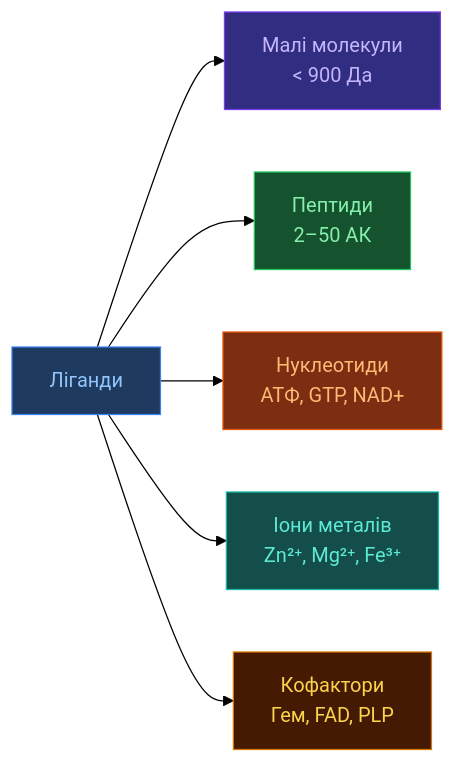
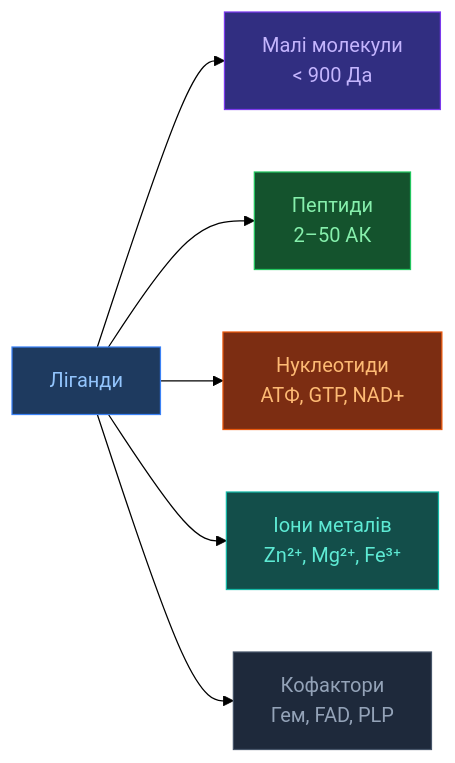
Before and after one commit to OlehVolkov/AlphaFold3-AIGen-KnowledgeBase: the first of 3 diagrams in UA/2. Концепції/2.1. Біологія/2.1.3. Ліганди та малі молекули.md, drawn with Mermaid (forest theme). The commit also changed other lines of this file and 35 other files, not shown here.

````diff
--- a/UA/2. Концепції/2.1. Біологія/2.1.3. Ліганди та малі молекули.md
+++ b/UA/2. Концепції/2.1. Біологія/2.1.3. Ліганди та малі молекули.md
@@ -17,18 +17,18 @@
 ```mermaid
 flowchart LR
-    L["Ліганди"]:::root
-    SM["Малі молекули<br/>< 900 Да"]:::sm
-    PEP["Пептиди<br/>2–50 АК"]:::pep
-    NUC["Нуклеотиди<br/>АТФ, GTP, NAD+"]:::nuc
-    ION["Іони металів<br/>Zn²⁺, Mg²⁺, Fe³⁺"]:::ion
-    COF["Кофактори<br/>Гем, FAD, PLP"]:::cof
+    L["Ліганди"]:::input
+    SM["Малі молекули<br/>< 900 Да"]:::trunk
+    PEP["Пептиди<br/>2–50 АК"]:::diffusion
+    NUC["Нуклеотиди<br/>АТФ, GTP, NAD+"]:::confidence
+    ION["Іони металів<br/>Zn²⁺, Mg²⁺, Fe³⁺"]:::output
+    COF["Кофактори<br/>Гем, FAD, PLP"]:::neutral
 
     L --> SM & PEP & NUC & ION & COF
 
-    classDef root fill:#1e3a5f,stroke:#3b82f6,color:#93c5fd
-    classDef sm   fill:#312e81,stroke:#7c3aed,color:#c4b5fd
-    classDef pep  fill:#14532d,stroke:#22c55e,color:#86efac
-    classDef nuc  fill:#7c2d12,stroke:#ea580c,color:#fdba74
-    classDef ion  fill:#134e4a,stroke:#14b8a6,color:#5eead4
-    classDef cof  fill:#451a03,stroke:#d97706,color:#fcd34d
+    classDef input fill:#1e3a5f,stroke:#3b82f6,color:#93c5fd
+    classDef trunk fill:#312e81,stroke:#7c3aed,color:#c4b5fd
+    classDef diffusion fill:#14532d,stroke:#22c55e,color:#86efac
+    classDef confidence fill:#7c2d12,stroke:#ea580c,color:#fdba74
+    classDef output fill:#134e4a,stroke:#14b8a6,color:#5eead4
+    classDef neutral fill:#1e293b,stroke:#475569,color:#94a3b8
 ```
````
